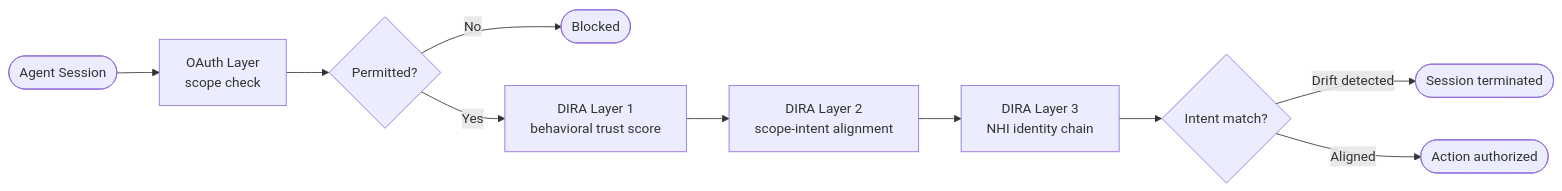
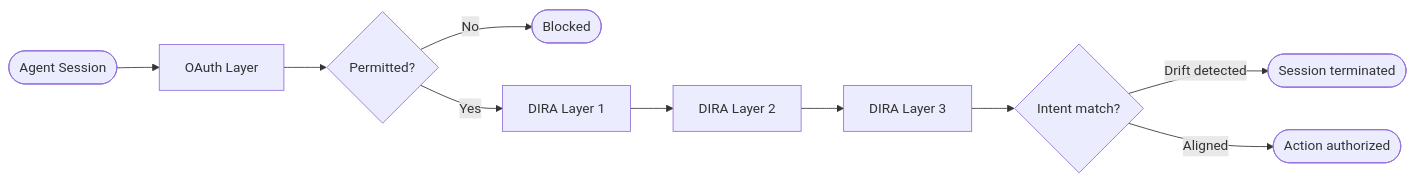
The first of 5 diagrams in src/content/research/dira-framework.mdx (CyberdaemonAI/cyberdaemon-site), drawn with Mermaid before and after one commit. The commit also changed 10 other files, not shown here.

First line of the commit message:
fix(content): mermaid single-line labels, lint clean, workflow auth

````diff
--- a/src/content/research/dira-framework.mdx
+++ b/src/content/research/dira-framework.mdx
@@ -27,12 +27,12 @@
 ```mermaid
 flowchart LR
-    A([Agent Session]) --> B["OAuth Layer\nscope check"]
+    A([Agent Session]) --> B[OAuth Layer]
     B --> C{Permitted?}
     C -->|No| D([Blocked])
-    C -->|Yes| E["DIRA Layer 1\nbehavioral trust score"]
-    E --> F["DIRA Layer 2\nscope-intent alignment"]
-    F --> G["DIRA Layer 3\nNHI identity chain"]
+    C -->|Yes| E[DIRA Layer 1]
+    E --> F[DIRA Layer 2]
+    F --> G[DIRA Layer 3]
     G --> H{Intent match?}
     H -->|Drift detected| I([Session terminated])
     H -->|Aligned| J([Action authorized])
 ```
````
